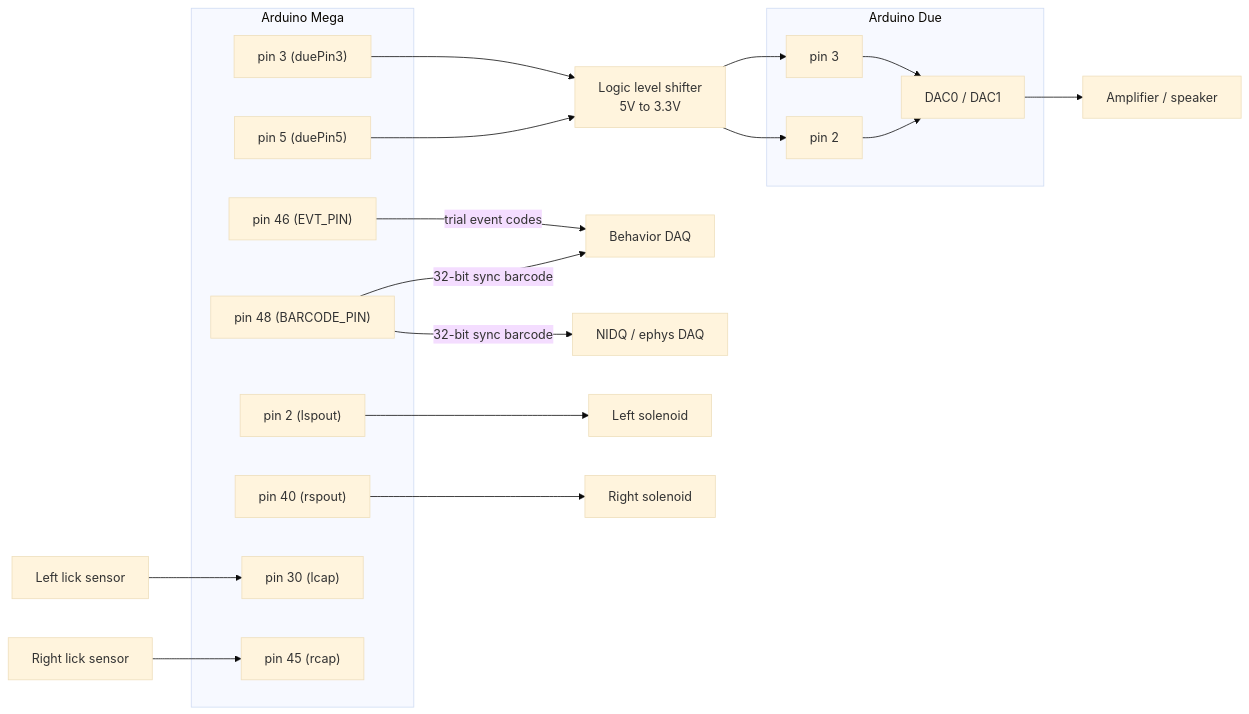
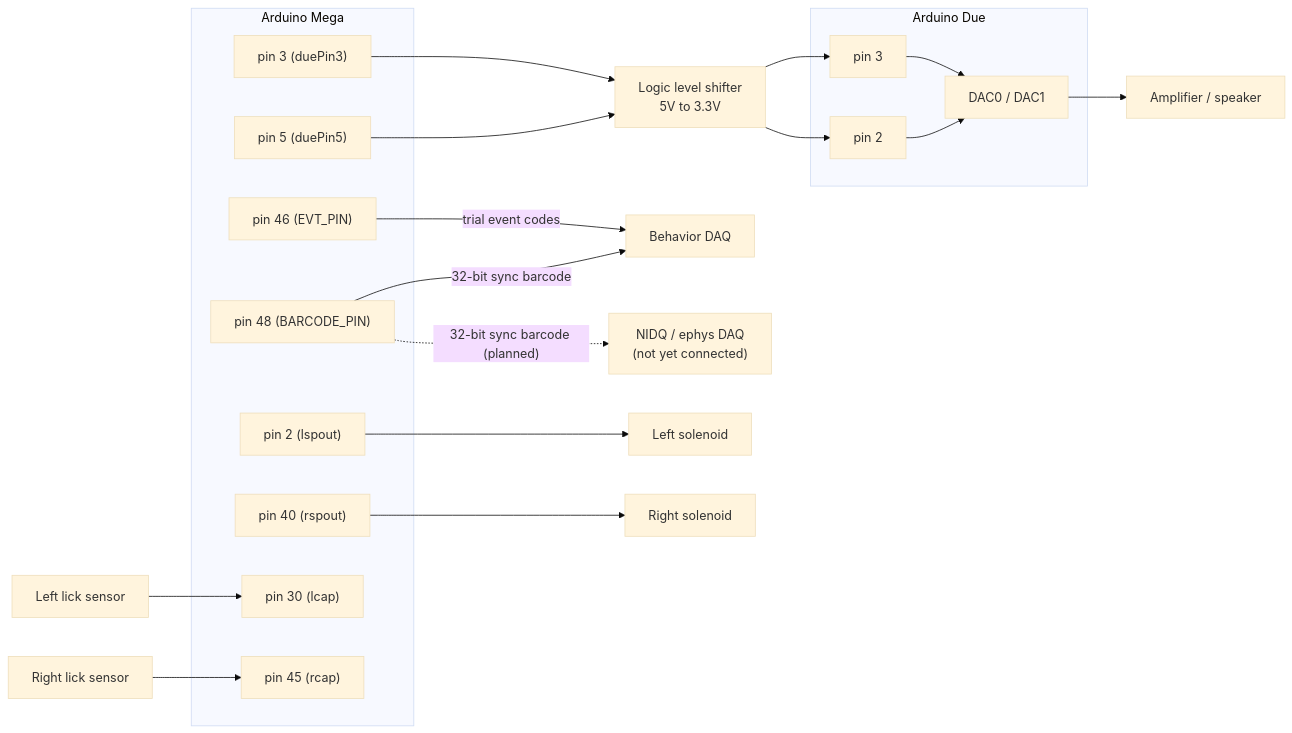
The diagram in README.md (CemalAkmese/vr-task-arduino), drawn with Mermaid (base theme) before and after one commit. The commit also changed other lines of this file, not shown here.

First line of the commit message:
Clarify NIDQ sync leg is planned, not yet wired

````diff
--- a/README.md
+++ b/README.md
@@ -48,44 +48,44 @@
 ```mermaid
 graph LR
   subgraph Mega["Arduino Mega"]
     M3["pin 3 (duePin3)"]
     M5["pin 5 (duePin5)"]
     M46["pin 46 (EVT_PIN)"]
     M48["pin 48 (BARCODE_PIN)"]
     M2["pin 2 (lspout)"]
     M40["pin 40 (rspout)"]
     M30["pin 30 (lcap)"]
     M45["pin 45 (rcap)"]
   end
 
   LS["Logic level shifter<br/>5V to 3.3V"]
 
   subgraph Due["Arduino Due"]
     D3["pin 3"]
     D2["pin 2"]
     DAC["DAC0 / DAC1"]
   end
 
   Speaker["Amplifier / speaker"]
   BehDAQ["Behavior DAQ"]
-  NIDQ["NIDQ / ephys DAQ"]
+  NIDQ["NIDQ / ephys DAQ<br/>(not yet connected)"]
   LSol["Left solenoid"]
   RSol["Right solenoid"]
   LSense["Left lick sensor"]
   RSense["Right lick sensor"]
 
   M3 --> LS --> D3
   M5 --> LS --> D2
   D3 --> DAC
   D2 --> DAC
   DAC --> Speaker
 
   M46 -- "trial event codes" --> BehDAQ
   M48 -- "32-bit sync barcode" --> BehDAQ
-  M48 -- "32-bit sync barcode" --> NIDQ
+  M48 -. "32-bit sync barcode (planned)" .-> NIDQ
 
   M2 --> LSol
   M40 --> RSol
   LSense --> M30
   RSense --> M45
 ```
````
